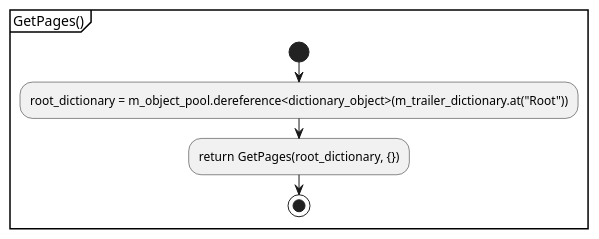
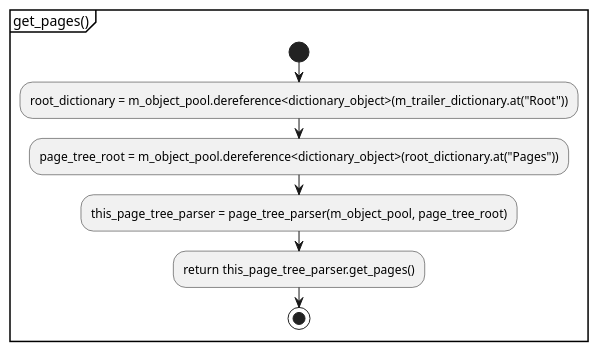
The second of 2 diagrams in document/document_reader/document_reader.activity.pu (KodaiYM/PDFReader), drawn with PlantUML before and after one commit. The commit also changed other lines of this file and 6 other files, not shown here.

Commit message:
page_tree_parser の不要な object_parser への参照を削除

```diff
--- a/document/document_reader/document_reader.activity.pu
+++ b/document/document_reader/document_reader.activity.pu
@@ -11,8 +11,10 @@
-@startuml GetPages
-partition "GetPages()" {
+@startuml get_pages
+partition "get_pages()" {
 start
 	:root_dictionary = m_object_pool.dereference<dictionary_object>(m_trailer_dictionary.at("Root"));
-	:return GetPages(root_dictionary, {});
+	:page_tree_root = m_object_pool.dereference<dictionary_object>(root_dictionary.at("Pages"));
+	:this_page_tree_parser = page_tree_parser(m_object_pool, page_tree_root);
+	:return this_page_tree_parser.get_pages();
 stop
 }
 @enduml
```
